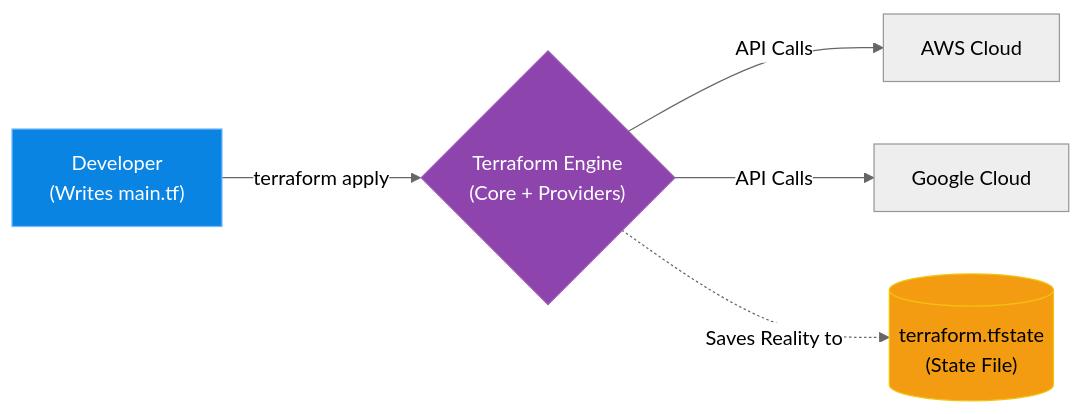
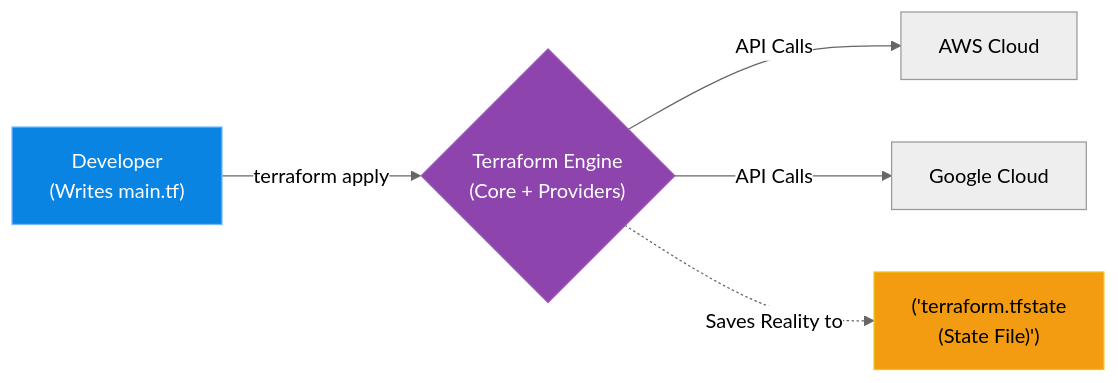
One commit to laxya911/linux-support-engineer-master-handbook changed the diagram in volumes/volume-04-enterprise-infrastructure/chapters/V4-C06-iac-terraform.md. Above: the diagram before and after it, drawn with Mermaid (neutral theme). The commit also changed 101 other files, not shown here.

Commit message:
Fix mermaid syntax across all chapters

````diff
--- a/volumes/volume-04-enterprise-infrastructure/chapters/V4-C06-iac-terraform.md
+++ b/volumes/volume-04-enterprise-infrastructure/chapters/V4-C06-iac-terraform.md
@@ -42,13 +42,13 @@
 ```mermaid
 flowchart LR
-    A["Developer \n (Writes main.tf)"] -->|terraform apply| B{"Terraform Engine \n (Core + Providers)"}
+    A["Developer \n (Writes main.tf)"] -->|"terraform apply"| B{"Terraform Engine \n (Core + Providers)"}
     
-    B -->|API Calls| C[AWS Cloud]
-    B -->|API Calls| D[Google Cloud]
+    B -->|"API Calls"| C["AWS Cloud"]
+    B -->|"API Calls"| D["Google Cloud"]
     
-    B -.->|Saves Reality to| E[("terraform.tfstate \n (State File)")]
+    B -.->|"Saves Reality to"| E["('terraform.tfstate \n (State File)')"]
     
     style A fill:#0984e3,stroke:#74b9ff,color:#fff
     style B fill:#8e44ad,stroke:#9b59b6,color:#fff
     style E fill:#f39c12,stroke:#f1c40f,color:#000
 ```
````
